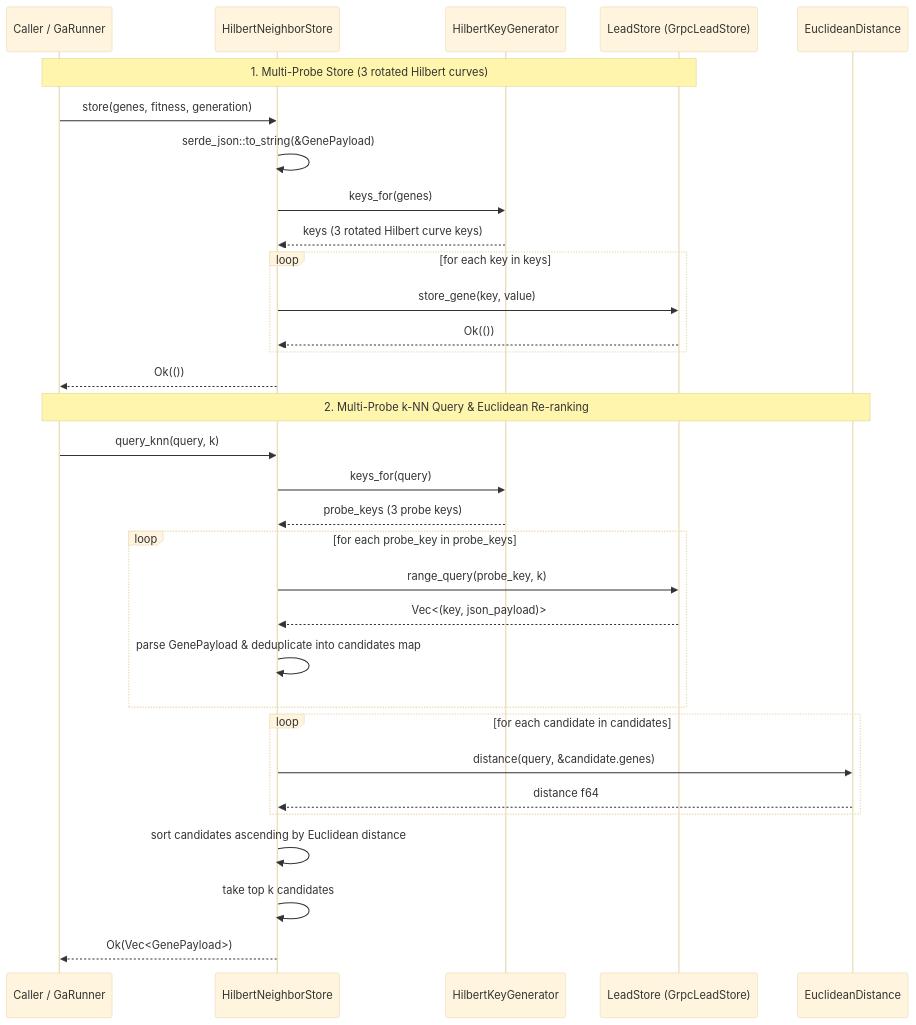
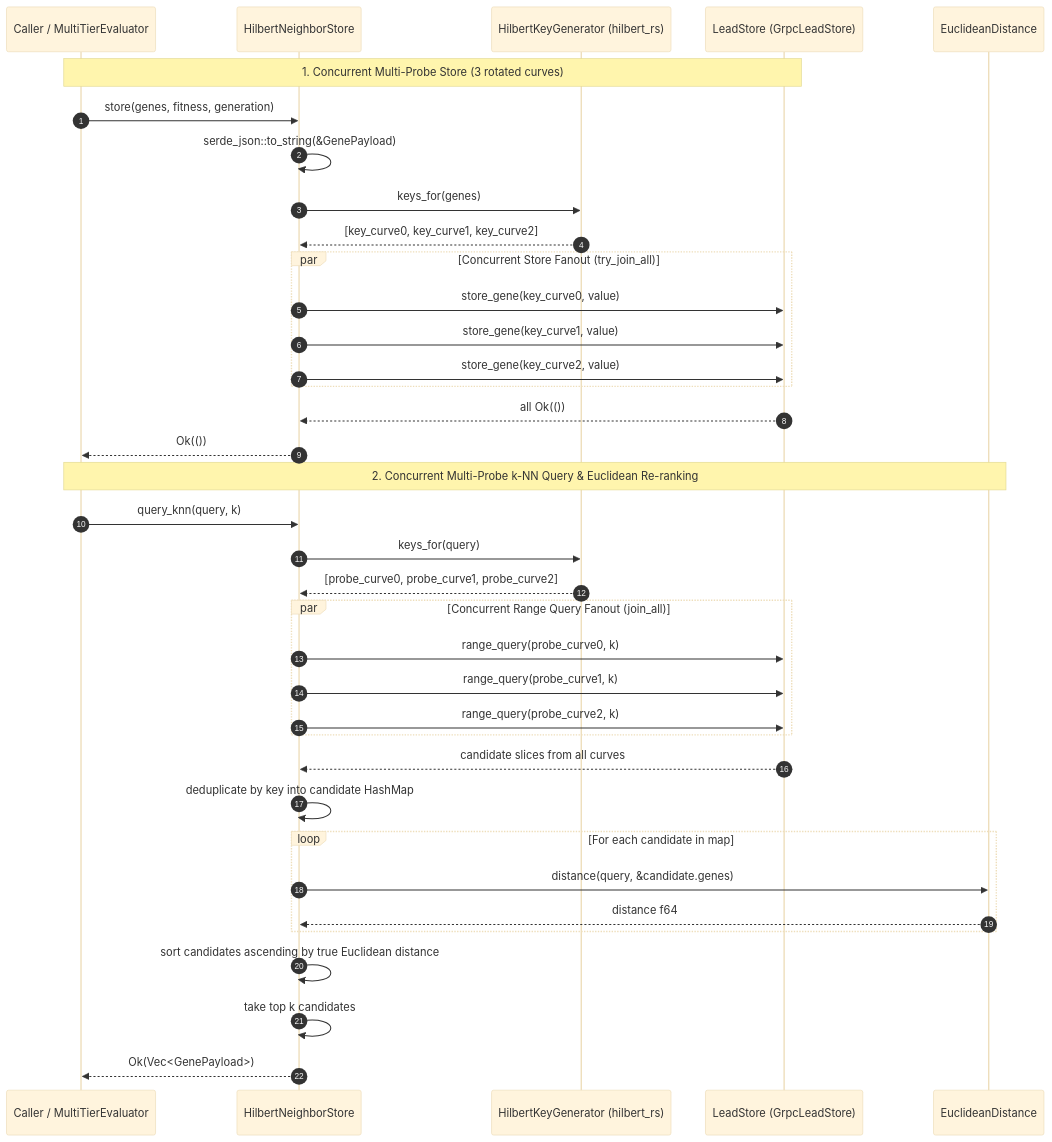
One commit to Mauragkas/thesis_grpc_lead_dga_cfd changed the diagram in orchestrator/docs/sequence-diagrams/neighbor-store/sequence.mmd. Above: the diagram before and after it, drawn with Mermaid (base theme). The commit also changed 37 other files, not shown here.

First line of the commit message:
docs(architecture): synchronize domain models, use cases, and sequence diagrams with codebase

```diff
--- a/orchestrator/docs/sequence-diagrams/neighbor-store/sequence.mmd
+++ b/orchestrator/docs/sequence-diagrams/neighbor-store/sequence.mmd
@@ -1,35 +1,42 @@
 sequenceDiagram
-    participant Caller as Caller / GaRunner
+    autonumber
+    participant Caller as Caller / MultiTierEvaluator
     participant NStore as HilbertNeighborStore
-    participant KeyGen as HilbertKeyGenerator
+    participant KeyGen as HilbertKeyGenerator (hilbert_rs)
     participant Lead as LeadStore (GrpcLeadStore)
     participant Euclid as EuclideanDistance
 
-    Note over Caller,Lead: 1. Multi-Probe Store (3 rotated Hilbert curves)
+    Note over Caller,Lead: 1. Concurrent Multi-Probe Store (3 rotated curves)
     Caller->>NStore: store(genes, fitness, generation)
     NStore->>NStore: serde_json::to_string(&GenePayload)
     NStore->>KeyGen: keys_for(genes)
-    KeyGen-->>NStore: keys (3 rotated Hilbert curve keys)
-    loop for each key in keys
-        NStore->>Lead: store_gene(key, value)
-        Lead-->>NStore: Ok(())
+    KeyGen-->>NStore: [key_curve0, key_curve1, key_curve2]
+    
+    par Concurrent Store Fanout (try_join_all)
+        NStore->>Lead: store_gene(key_curve0, value)
+        NStore->>Lead: store_gene(key_curve1, value)
+        NStore->>Lead: store_gene(key_curve2, value)
     end
+    Lead-->>NStore: all Ok(())
     NStore-->>Caller: Ok(())
 
-    Note over Caller,Euclid: 2. Multi-Probe k-NN Query & Euclidean Re-ranking
+    Note over Caller,Euclid: 2. Concurrent Multi-Probe k-NN Query & Euclidean Re-ranking
     Caller->>NStore: query_knn(query, k)
     NStore->>KeyGen: keys_for(query)
-    KeyGen-->>NStore: probe_keys (3 probe keys)
-    loop for each probe_key in probe_keys
-        NStore->>Lead: range_query(probe_key, k)
-        Lead-->>NStore: Vec<(key, json_payload)>
-        NStore->>NStore: parse GenePayload & deduplicate into candidates map
+    KeyGen-->>NStore: [probe_curve0, probe_curve1, probe_curve2]
+
+    par Concurrent Range Query Fanout (join_all)
+        NStore->>Lead: range_query(probe_curve0, k)
+        NStore->>Lead: range_query(probe_curve1, k)
+        NStore->>Lead: range_query(probe_curve2, k)
     end
+    Lead-->>NStore: candidate slices from all curves
 
-    loop for each candidate in candidates
+    NStore->>NStore: deduplicate by key into candidate HashMap
+    loop For each candidate in map
         NStore->>Euclid: distance(query, &candidate.genes)
         Euclid-->>NStore: distance f64
     end
-    NStore->>NStore: sort candidates ascending by Euclidean distance
+    NStore->>NStore: sort candidates ascending by true Euclidean distance
     NStore->>NStore: take top k candidates
     NStore-->>Caller: Ok(Vec<GenePayload>)
```
